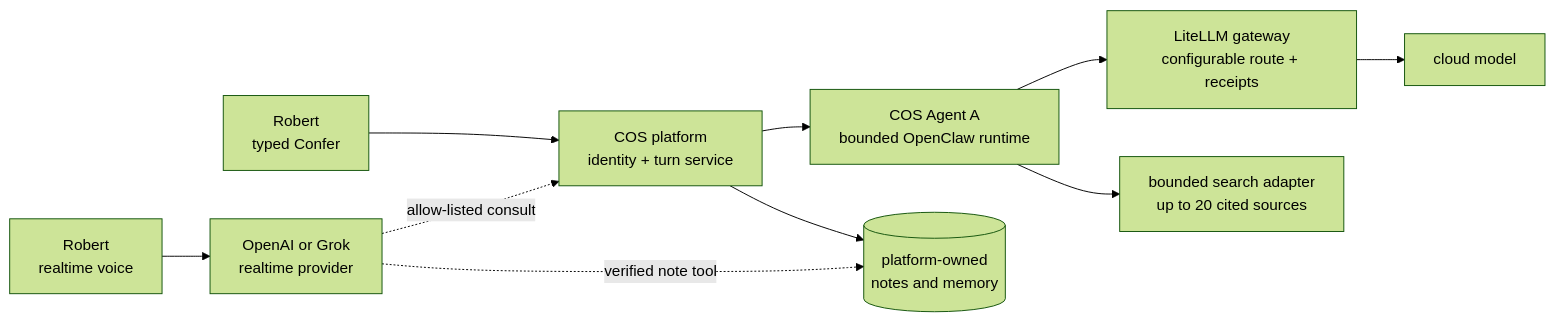
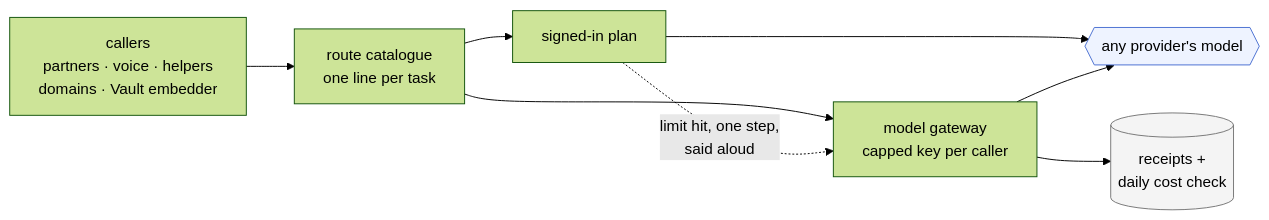
Diagram 12 of 13 in ARCHITECTURE.md (robertvanstedum/personal-ai-agents), drawn with Mermaid (forest theme) before and after one commit. The commit also changed other lines of this file and 9 other files, not shown here.

First line of the commit message:
Key docs for mini-moi 1.2 beta: README, ARCHITECTURE and a terms appendix

````diff
--- a/ARCHITECTURE.md
+++ b/ARCHITECTURE.md
@@ -578,12 +1199,14 @@
 ```mermaid
 flowchart LR
-    R[Robert<br/>typed Confer] --> P[COS platform<br/>identity + turn service]
-    P --> A[COS Agent A<br/>bounded OpenClaw runtime]
-    A --> G[LiteLLM gateway<br/>configurable route + receipts]
-    G --> M[cloud model]
-    A --> S[bounded search adapter<br/>up to 20 cited sources]
-    P --> N[(platform-owned<br/>notes and memory)]
-    V[Robert<br/>realtime voice] --> Q[OpenAI or Grok<br/>realtime provider]
-    Q -.allow-listed consult.-> P
-    Q -.verified note tool.-> N
+    C[callers<br/>partners · voice · helpers<br/>domains · Vault embedder] --> K[route catalogue<br/>one line per task]
+    K --> P[signed-in plan]
+    K --> G[model gateway<br/>capped key per caller]
+    P -.->|limit hit, one step,<br/>said aloud| G
+    P --> M{{any provider's model}}
+    G --> M
+    G --> R[(receipts +<br/>daily cost check)]
+    class M ai
+    class R store
+    classDef ai fill:#eef3ff,stroke:#4a6fd1
+    classDef store fill:#f4f4f4,stroke:#777
 ```
````
